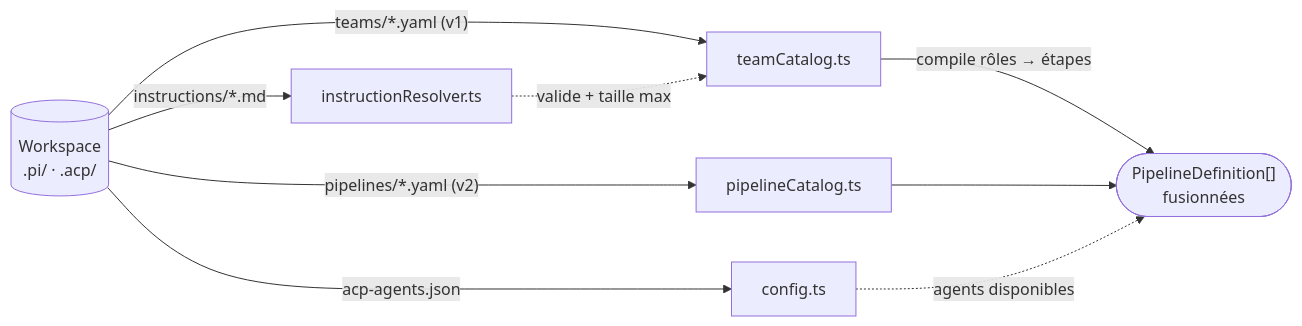
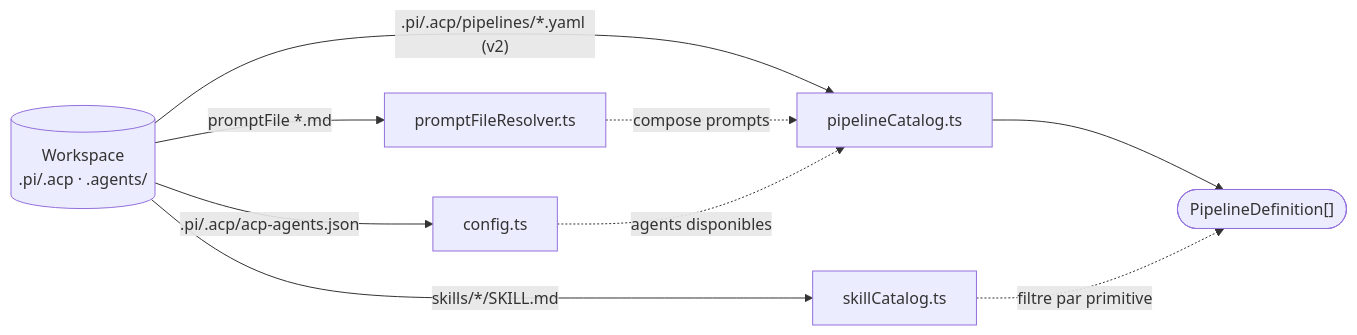
One commit to maurice30120/vscode-acp changed the second of 4 diagrams in packages/acp-pi-extension/README.md. Above: the diagram before and after it, drawn with Mermaid. The commit also changed other lines of this file and 14 other files, not shown here.

Commit message:
feat: add ACP agents configuration and update pipeline definitions with skills support

````diff
--- a/packages/acp-pi-extension/README.md
+++ b/packages/acp-pi-extension/README.md
@@ -218,19 +233,19 @@
 ```mermaid
 flowchart LR
-  Disk[("Workspace<br/>.pi/ · .acp/")]
+  Disk[("Workspace<br/>.pi/.acp · .agents/")]
   Cfg["config.ts"]
   Pipes["pipelineCatalog.ts"]
-  Teams["teamCatalog.ts"]
-  Res["instructionResolver.ts"]
-  Merge(["PipelineDefinition[]<br/>fusionnées"])
+  PromptFiles["promptFileResolver.ts"]
+  Skills["skillCatalog.ts"]
+  Defs(["PipelineDefinition[]"])
 
-  Disk -->|"acp-agents.json"| Cfg
-  Disk -->|"pipelines/*.yaml (v2)"| Pipes
-  Disk -->|"teams/*.yaml (v1)"| Teams
-  Disk -->|"instructions/*.md"| Res
+  Disk -->|".pi/.acp/acp-agents.json"| Cfg
+  Disk -->|".pi/.acp/pipelines/*.yaml (v2)"| Pipes
+  Disk -->|"promptFile *.md"| PromptFiles
+  Disk -->|"skills/*/SKILL.md"| Skills
 
-  Teams -->|"compile rôles → étapes"| Merge
-  Pipes --> Merge
-  Res -.->|"valide + taille max"| Teams
-  Cfg -.->|"agents disponibles"| Merge
+  Pipes --> Defs
+  PromptFiles -.->|"compose prompts"| Pipes
+  Cfg -.->|"agents disponibles"| Pipes
+  Skills -.->|"filtre par primitive"| Defs
 ```
````
